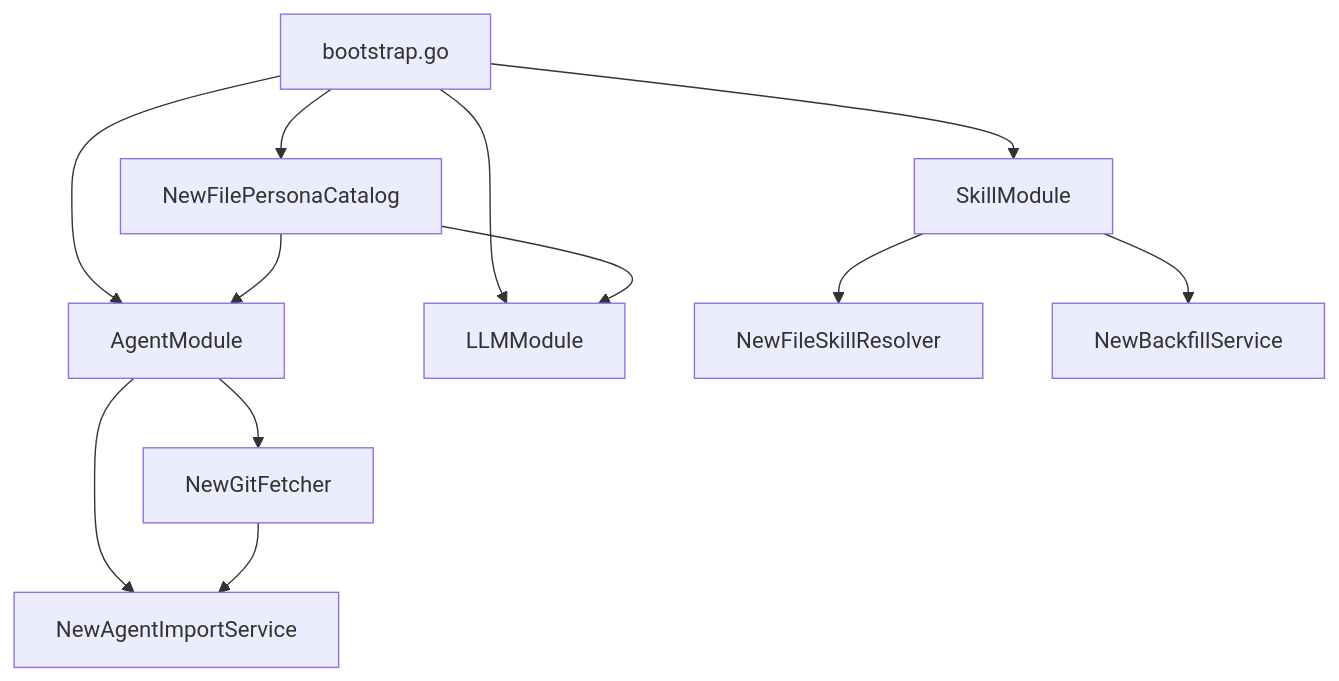
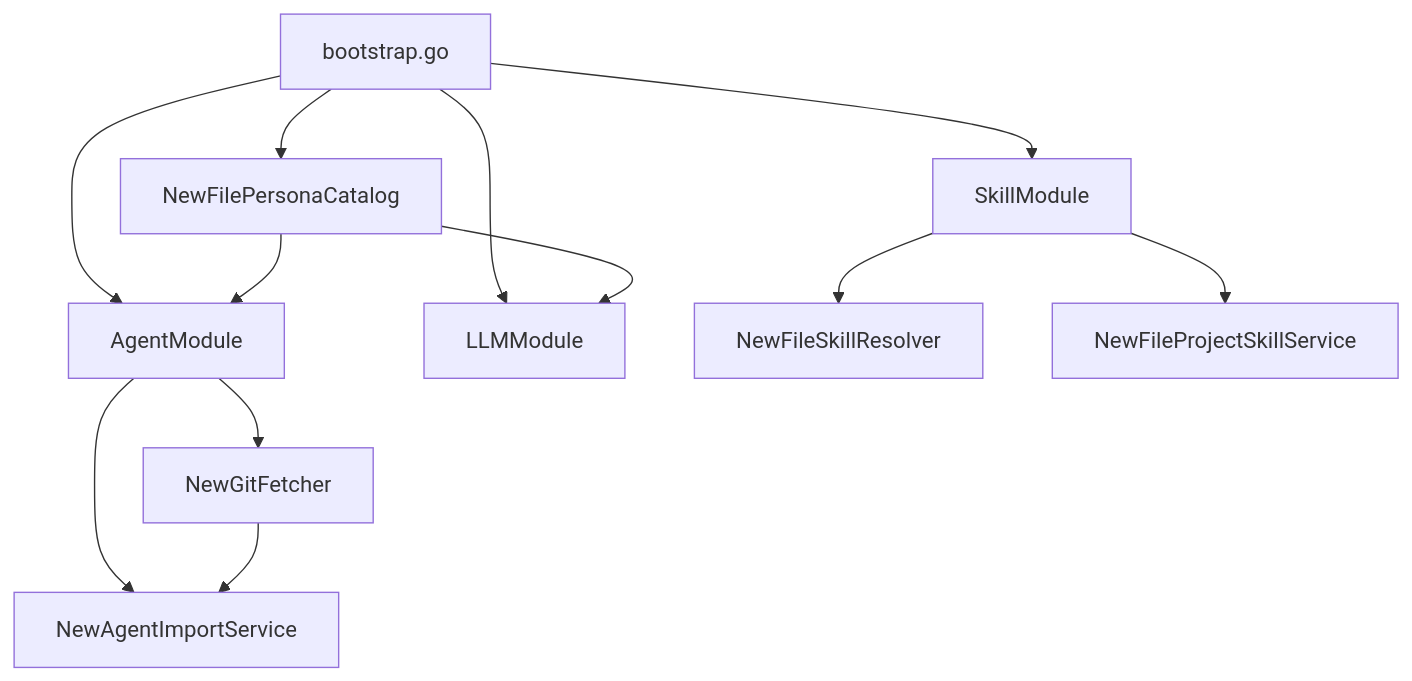
Before and after one commit to haowjy/meridian-flow: the second of 2 diagrams in .meridian/fs/backend/agents/overview.md, drawn with Mermaid. The commit also changed other lines of this file and 6 other files, not shown here.

````diff
--- a/.meridian/fs/backend/agents/overview.md
+++ b/.meridian/fs/backend/agents/overview.md
@@ -114,17 +114,17 @@
 ```mermaid
 flowchart TD
     bootstrap["bootstrap.go"] --> persona_cat["NewFilePersonaCatalog"]
     bootstrap --> agent_mod["AgentModule"]
     bootstrap --> skill_mod["SkillModule"]
     bootstrap --> llm_mod["LLMModule"]
 
     persona_cat --> agent_mod
     persona_cat --> llm_mod
 
     skill_mod --> resolver["NewFileSkillResolver"]
-    skill_mod --> backfill["NewBackfillService"]
+    skill_mod --> skill_svc["NewFileProjectSkillService"]
 
     agent_mod --> fetcher["NewGitFetcher"]
     agent_mod --> import_svc["NewAgentImportService"]
     fetcher --> import_svc
 ```
````
